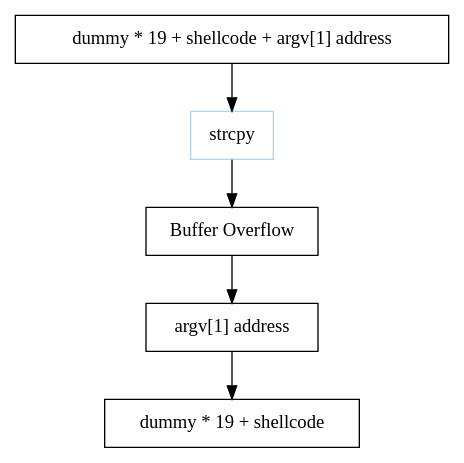
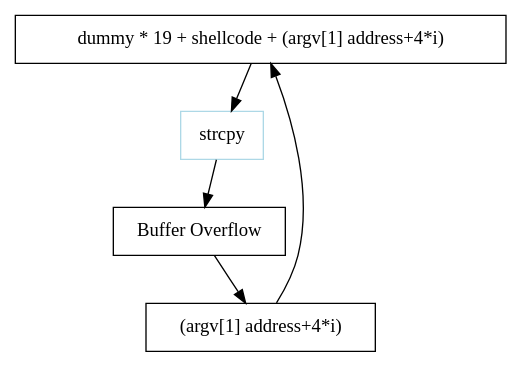
The diagram in docs/wargame/pwnable/lob4.rst (joizel/ctf_writeup), drawn with Graphviz before and after one commit. The commit also changed other lines of this file and 11 other files, not shown here.

```diff
--- a/docs/wargame/pwnable/lob4.rst
+++ b/docs/wargame/pwnable/lob4.rst
@@ -6,11 +6,10 @@
 .. graphviz::
 
     digraph foo {
-        a -> b -> c -> d -> e;
+        a -> b -> c -> d -> a;
 
-        a [shape=box, label="dummy * 19 + shellcode + argv[1] address"];
+        a [shape=box, label="dummy * 19 + shellcode + (argv[1] address+4*i)"];
         b [shape=box, color=lightblue, label="strcpy"];
         c [shape=box, label="Buffer Overflow"];
-        d [shape=box, label="argv[1] address"];
-        e [shape=box, label="dummy * 19 + shellcode"];
+        d [shape=box, label="(argv[1] address+4*i)"];
     }
```
